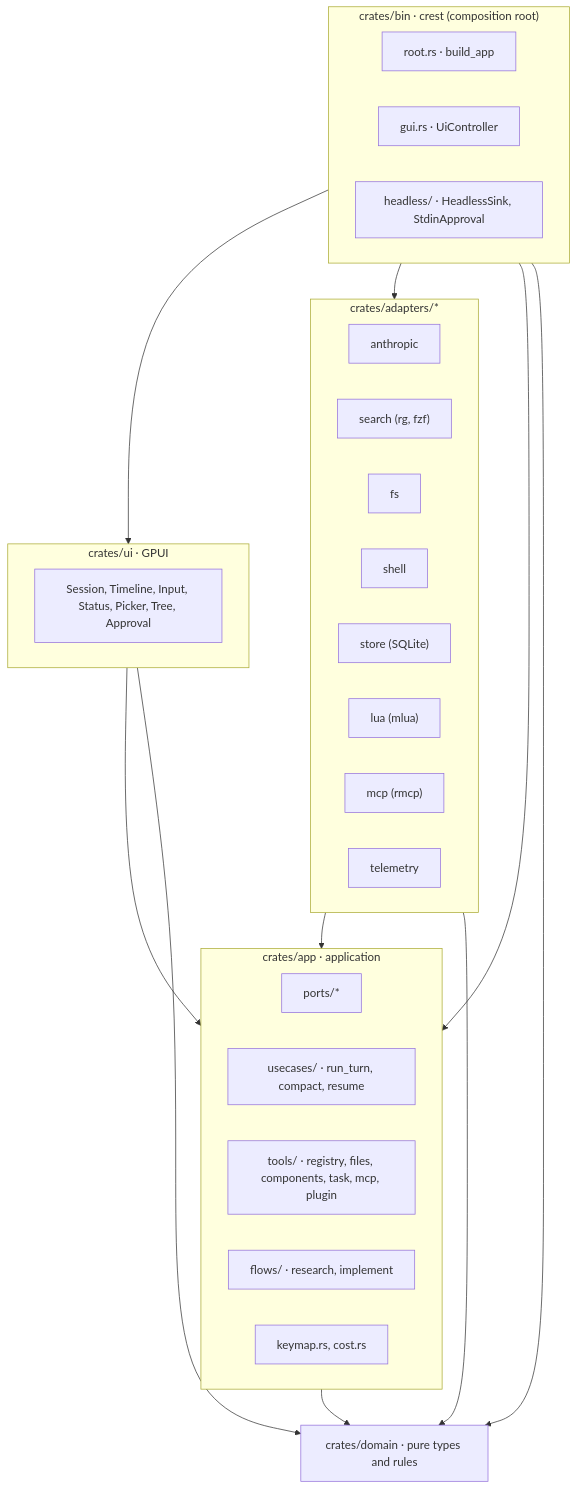
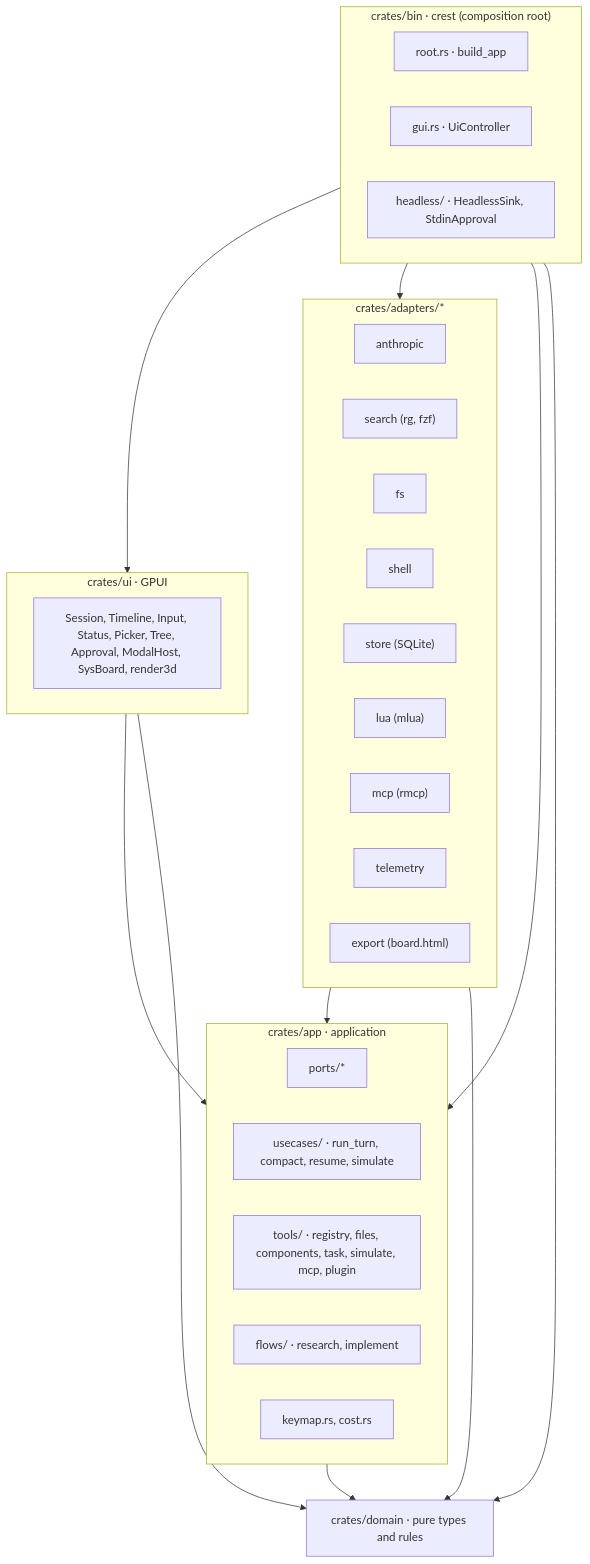
The first of 4 diagrams in docs/architecture.md (lazaroMB/crest), drawn with Mermaid before and after one commit. The commit also changed other lines of this file and 5 other files, not shown here.

````diff
--- a/docs/architecture.md
+++ b/docs/architecture.md
@@ -11,34 +11,35 @@
 ```mermaid
 flowchart TB
     subgraph bin["crates/bin · crest (composition root)"]
         root["root.rs · build_app"]
         gui["gui.rs · UiController"]
         headless["headless/ · HeadlessSink, StdinApproval"]
     end
     subgraph ui["crates/ui · GPUI"]
-        session["Session, Timeline, Input, Status, Picker, Tree, Approval"]
+        session["Session, Timeline, Input, Status, Picker, Tree, Approval, ModalHost, SysBoard, render3d"]
     end
     subgraph adapters["crates/adapters/*"]
         anthropic["anthropic"]
         search["search (rg, fzf)"]
         fs["fs"]
         shell["shell"]
         store["store (SQLite)"]
         lua["lua (mlua)"]
         mcp["mcp (rmcp)"]
         telemetry["telemetry"]
+        export["export (board.html)"]
     end
     subgraph app["crates/app · application"]
         ports["ports/*"]
-        usecases["usecases/ · run_turn, compact, resume"]
-        tools["tools/ · registry, files, components, task, mcp, plugin"]
+        usecases["usecases/ · run_turn, compact, resume, simulate"]
+        tools["tools/ · registry, files, components, task, simulate, mcp, plugin"]
         flows["flows/ · research, implement"]
         keymap["keymap.rs, cost.rs"]
     end
     domain["crates/domain · pure types and rules"]
 
     bin --> ui & adapters & app & domain
     ui --> app & domain
     adapters --> app & domain
     app --> domain
 ```
````
